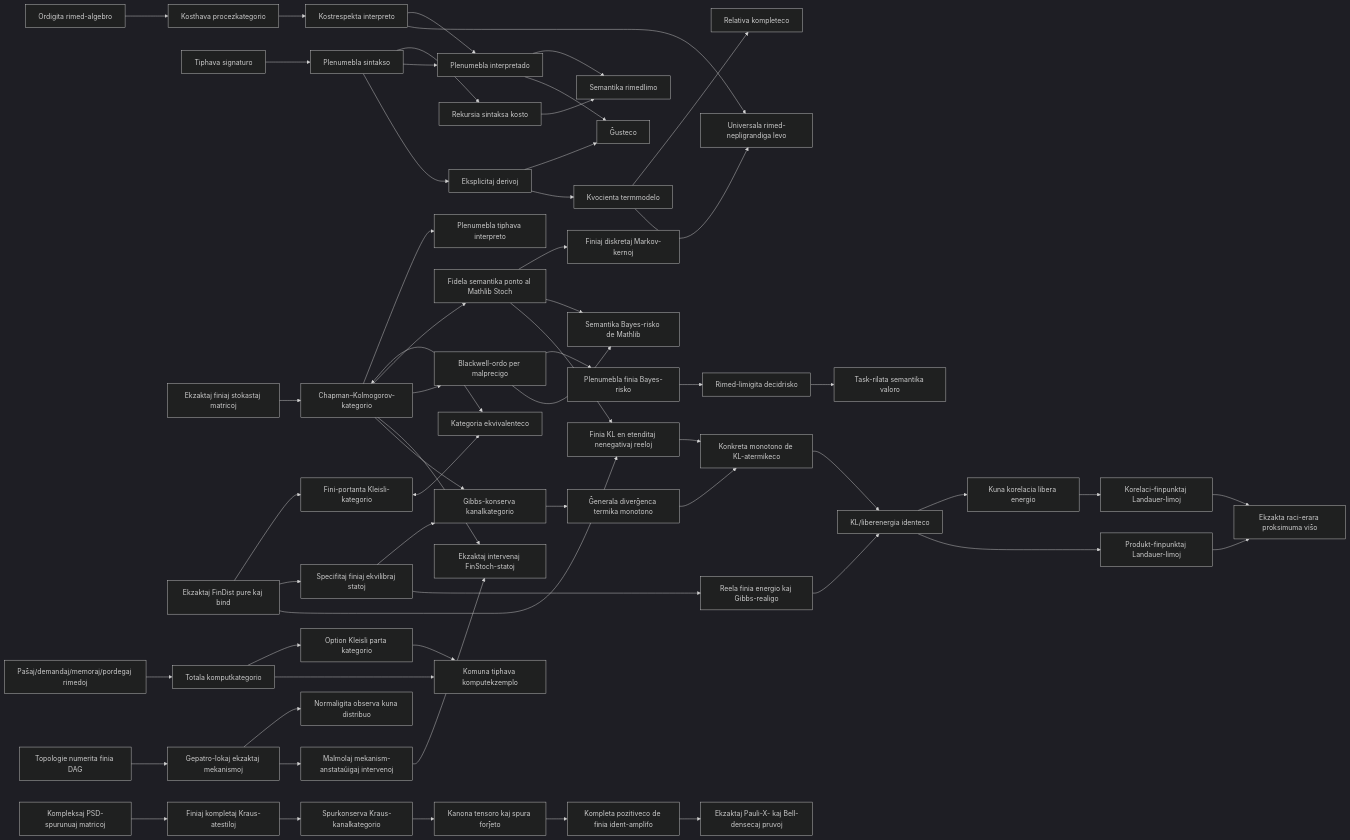
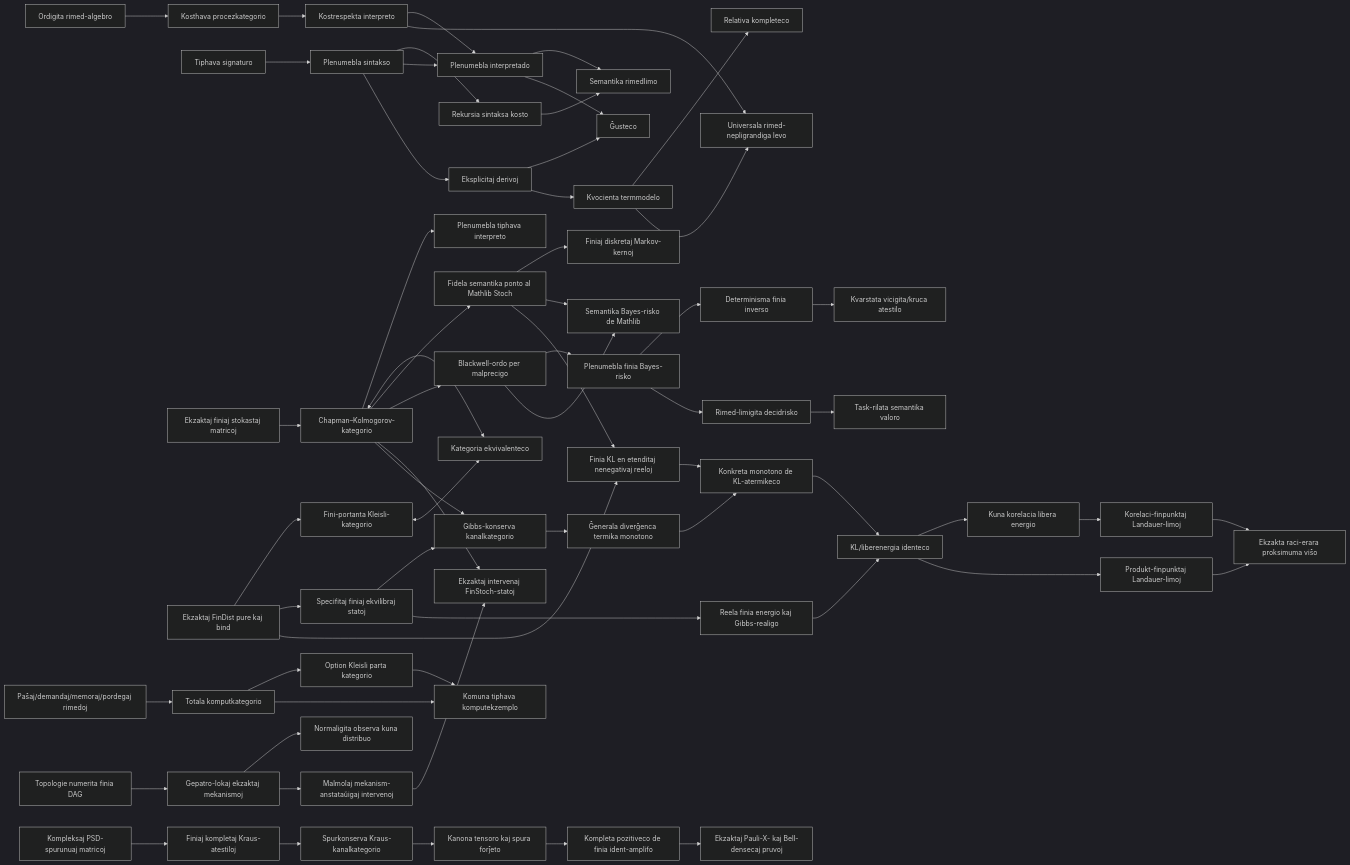
One commit to miuchan/ript changed the diagram in docs/README.eo.md. Above: the diagram before and after it, drawn with Mermaid (dark theme). The commit also changed other lines of this file and 12 other files, not shown here.

````diff
--- a/docs/README.eo.md
+++ b/docs/README.eo.md
@@ -1193,61 +1207,63 @@
 ```mermaid
 flowchart LR
   R["Ordigita rimed-algebro"] --> C["Kosthava procezkategorio"]
   S["Tiphava signaturo"] --> X["Plenumebla sintakso"]
   X --> K["Rekursia sintaksa kosto"]
   C --> I["Kostrespekta interpreto"]
   X --> E["Plenumebla interpretado"]
   I --> E
   K --> B["Semantika rimedlimo"]
   E --> B
   X --> D["Eksplicitaj derivoj"]
   D --> SO["Ĝusteco"]
   E --> SO
   D --> T["Kvocienta termmodelo"]
   T --> CO["Relativa kompleteco"]
   I --> U["Universala rimed-nepligrandiga levo"]
   T --> U
   F["Ekzaktaj finiaj stokastaj matricoj"] --> CK["Chapman–Kolmogorov-kategorio"]
   CK --> EX["Plenumebla tiphava interpreto"]
   FD["Ekzaktaj FinDist pure kaj bind"] --> KL["Fini-portanta Kleisli-kategorio"]
   CK <--> EQ["Kategoria ekvivalenteco"]
   KL <--> EQ
   CK --> ST["Fidela semantika ponto al Mathlib Stoch"]
   ST --> MT["Finiaj diskretaj Markov-kernoj"]
   CK --> BW["Blackwell-ordo per malprecigo"]
   ST --> SB["Semantika Bayes-risko de Mathlib"]
   BW --> FR["Plenumebla finia Bayes-risko"]
+  FR --> DB["Determinisma finia inverso"]
+  DB --> DX["Kvarstata vicigita/kruca atestilo"]
   FR --> RR["Rimed-limigita decidrisko"]
   RR --> SV["Task-rilata semantika valoro"]
   BW --> SB
   CR["Paŝaj/demandaj/memoraj/pordegaj rimedoj"] --> TC["Totala komputkategorio"]
   TC --> PC["Option Kleisli parta kategorio"]
   TC --> CE["Komuna tiphava komputekzemplo"]
   PC --> CE
   DAG["Topologie numerita finia DAG"] --> CM["Gepatro-lokaj ekzaktaj mekanismoj"]
   CM --> OJ["Normaligita observa kuna distribuo"]
   CM --> DO["Malmolaj mekanism-anstataŭigaj intervenoj"]
   DO --> IS["Ekzaktaj intervenaj FinStoch-statoj"]
   CK --> IS
   FD --> TE["Specifitaj finiaj ekvilibraj statoj"]
   CK --> GP["Gibbs-konserva kanalkategorio"]
   TE --> GP
   GP --> TM["Ĝenerala diverĝenca termika monotono"]
   FD --> FKL["Finia KL en etenditaj nenegativaj reeloj"]
   ST --> FKL
   FKL --> KTM["Konkreta monotono de KL-atermikeco"]
   TM --> KTM
   TE --> GD["Reela finia energio kaj Gibbs-realigo"]
   GD --> FE["KL/liberenergia identeco"]
   KTM --> FE
   FE --> Corr["Kuna korelacia libera energio"]
   FE --> LW["Produkt-finpunktaj Landauer-limoj"]
   Corr --> CLW["Korelaci-finpunktaj Landauer-limoj"]
   LW --> AE["Ekzakta raci-erara proksimuma viŝo"]
   CLW --> AE
   QB["Kompleksaj PSD-spurunuaj matricoj"] --> QK["Finiaj kompletaj Kraus-atestiloj"]
   QK --> QC["Spurkonserva Kraus-kanalkategorio"]
   QC --> QT["Kanona tensoro kaj spura forĵeto"]
   QT --> QP["Kompleta pozitiveco de finia ident-amplifo"]
   QP --> QX["Ekzaktaj Pauli-X- kaj Bell-densecaj pruvoj"]
 ```
````
